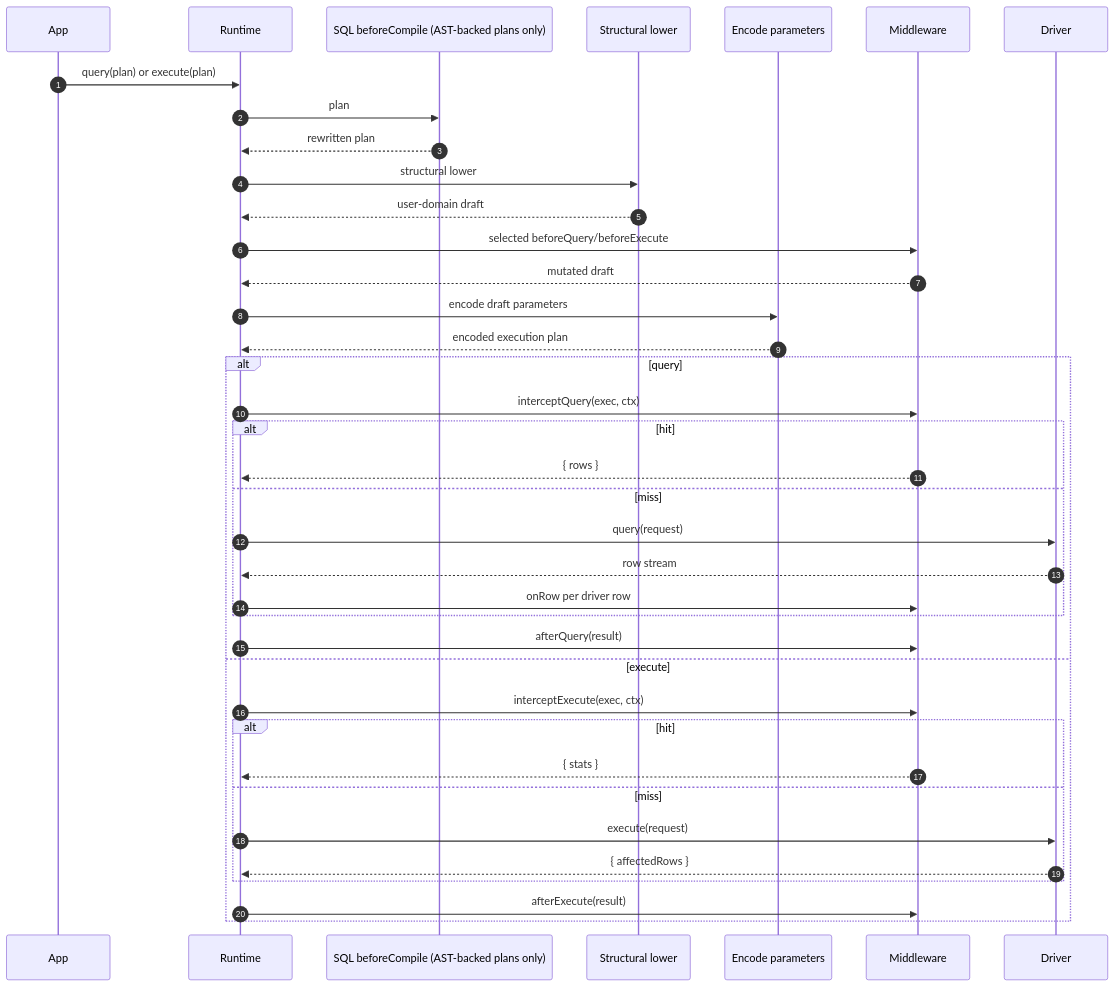
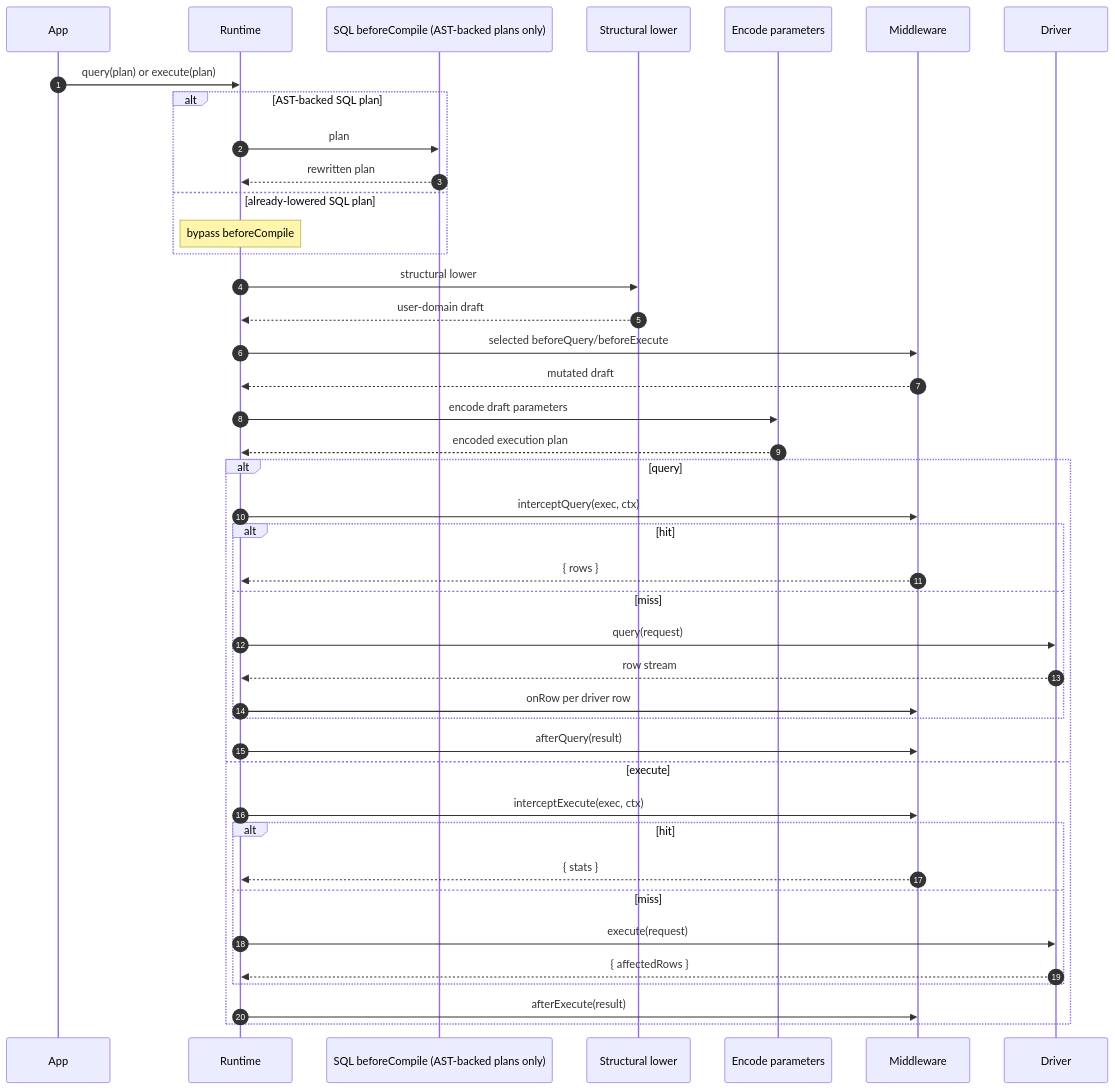
One commit to prisma/prisma changed the third of 3 diagrams in docs/architecture docs/subsystems/4. Runtime & Middleware Framework.md. Above: the diagram before and after it, drawn with Mermaid. The commit also changed 1 other file, not shown here.

Commit message:
docs: address PR #30008 review findings

````diff
--- a/docs/architecture docs/subsystems/4. Runtime & Middleware Framework.md
+++ b/docs/architecture docs/subsystems/4. Runtime & Middleware Framework.md
@@ -370,41 +370,45 @@
 ```mermaid
 sequenceDiagram
   autonumber
   participant App as App
   participant Runtime as Runtime
   participant Compile as SQL beforeCompile (AST-backed plans only)
   participant Lower as Structural lower
   participant Encode as Encode parameters
   participant MW as Middleware
   participant Driver as Driver
 
   App->>Runtime: query(plan) or execute(plan)
-  Runtime->>Compile: plan
-  Compile-->>Runtime: rewritten plan
+  alt AST-backed SQL plan
+    Runtime->>Compile: plan
+    Compile-->>Runtime: rewritten plan
+  else already-lowered SQL plan
+    Note over Runtime: bypass beforeCompile
+  end
   Runtime->>Lower: structural lower
   Lower-->>Runtime: user-domain draft
   Runtime->>MW: selected beforeQuery/beforeExecute
   MW-->>Runtime: mutated draft
   Runtime->>Encode: encode draft parameters
   Encode-->>Runtime: encoded execution plan
   alt query
     Runtime->>MW: interceptQuery(exec, ctx)
     alt hit
       MW-->>Runtime: { rows }
     else miss
       Runtime->>Driver: query(request)
       Driver-->>Runtime: row stream
       Runtime->>MW: onRow per driver row
     end
     Runtime->>MW: afterQuery(result)
   else execute
     Runtime->>MW: interceptExecute(exec, ctx)
     alt hit
       MW-->>Runtime: { stats }
     else miss
       Runtime->>Driver: execute(request)
       Driver-->>Runtime: { affectedRows }
     end
     Runtime->>MW: afterExecute(result)
   end
 ```
````
